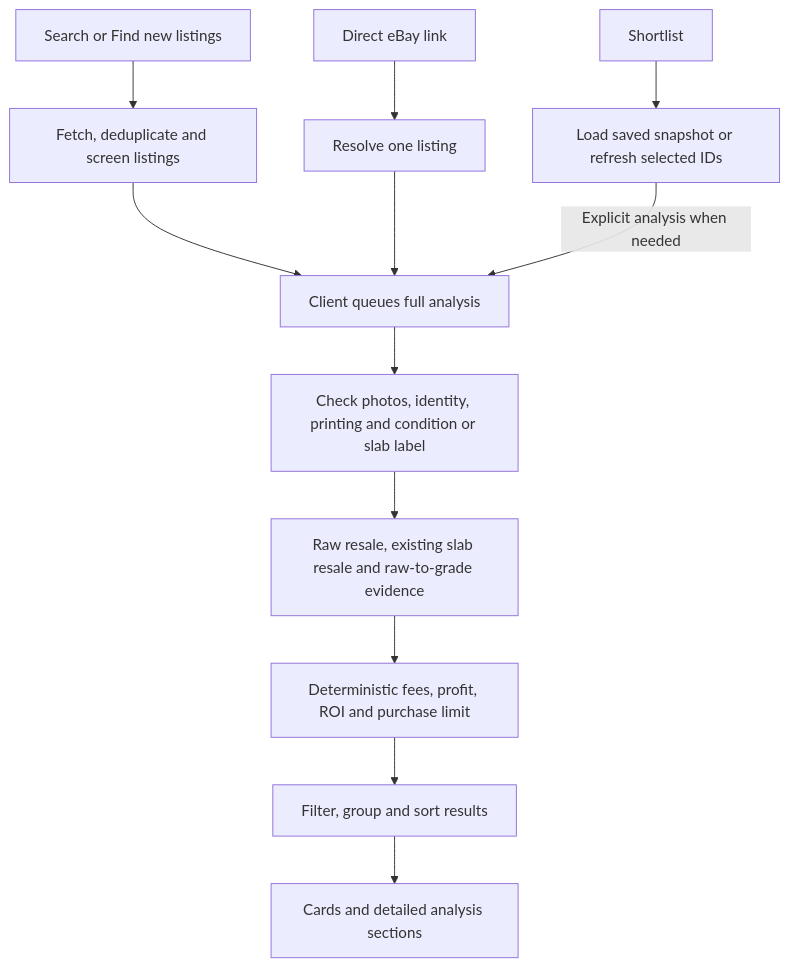
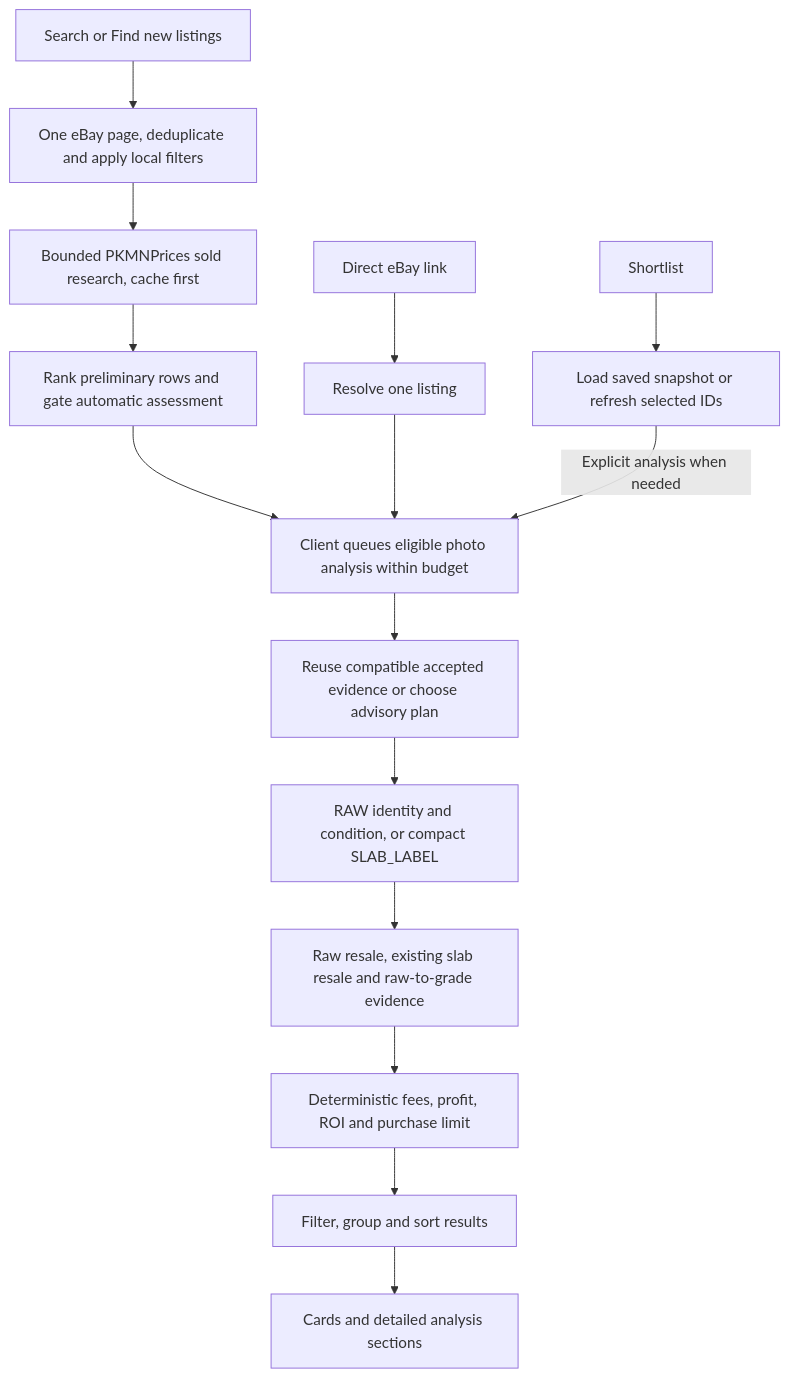
One commit to life423/pokemon-flipper changed the diagram in docs/architecture.md. Above: the diagram before and after it, drawn with Mermaid. The commit also changed other lines of this file and 121 other files, not shown here.

Commit message:
Improve bounded deal screening, pricing and assessment reuse

````diff
--- a/docs/architecture.md
+++ b/docs/architecture.md
@@ -9,14 +10,17 @@
 ```mermaid
 flowchart TD
-    S[Search or Find new listings] --> F[Fetch, deduplicate and screen listings]
+    S[Search or Find new listings] --> F[One eBay page, deduplicate and apply local filters]
+    F --> P0[Bounded PKMNPrices sold research, cache first]
+    P0 --> G[Rank preliminary rows and gate automatic assessment]
     L[Direct eBay link] --> R[Resolve one listing]
     Q[Shortlist] --> K[Load saved snapshot or refresh selected IDs]
-    F --> A[Client queues full analysis]
+    G --> A[Client queues eligible photo analysis within budget]
     R --> A
     K -->|Explicit analysis when needed| A
-    A --> I[Check photos, identity, printing and condition or slab label]
+    A --> B[Reuse compatible accepted evidence or choose advisory plan]
+    B --> I[RAW identity and condition, or compact SLAB_LABEL]
     I --> P[Raw resale, existing slab resale and raw-to-grade evidence]
     P --> M[Deterministic fees, profit, ROI and purchase limit]
     M --> V[Filter, group and sort results]
     V --> U[Cards and detailed analysis sections]
 ```
````
